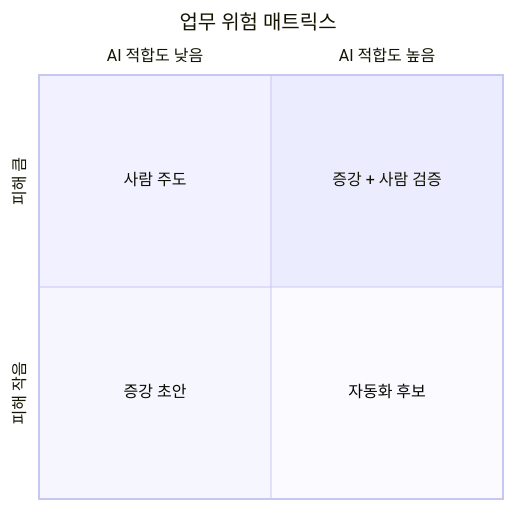
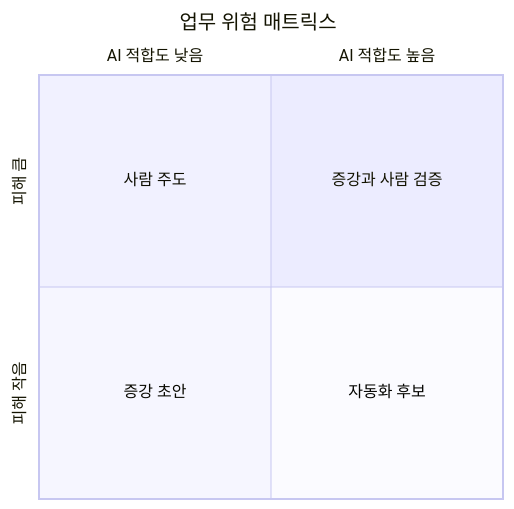
One commit to wjdgks7178/ai-mindmap changed the first of 2 diagrams in articles/task-risk-matrix.md. Above: the diagram before and after it, drawn with Mermaid.

Commit message:
fix: task-risk-matrix mermaid label

````diff
--- a/articles/task-risk-matrix.md
+++ b/articles/task-risk-matrix.md
@@ -20,10 +20,10 @@
 ```mermaid
 quadrantChart
   title 업무 위험 매트릭스
   x-axis AI 적합도 낮음 --> AI 적합도 높음
   y-axis 피해 작음 --> 피해 큼
-  quadrant-1 증강 + 사람 검증
+  quadrant-1 증강과 사람 검증
   quadrant-2 사람 주도
   quadrant-3 증강 초안
   quadrant-4 자동화 후보
 ```
````
